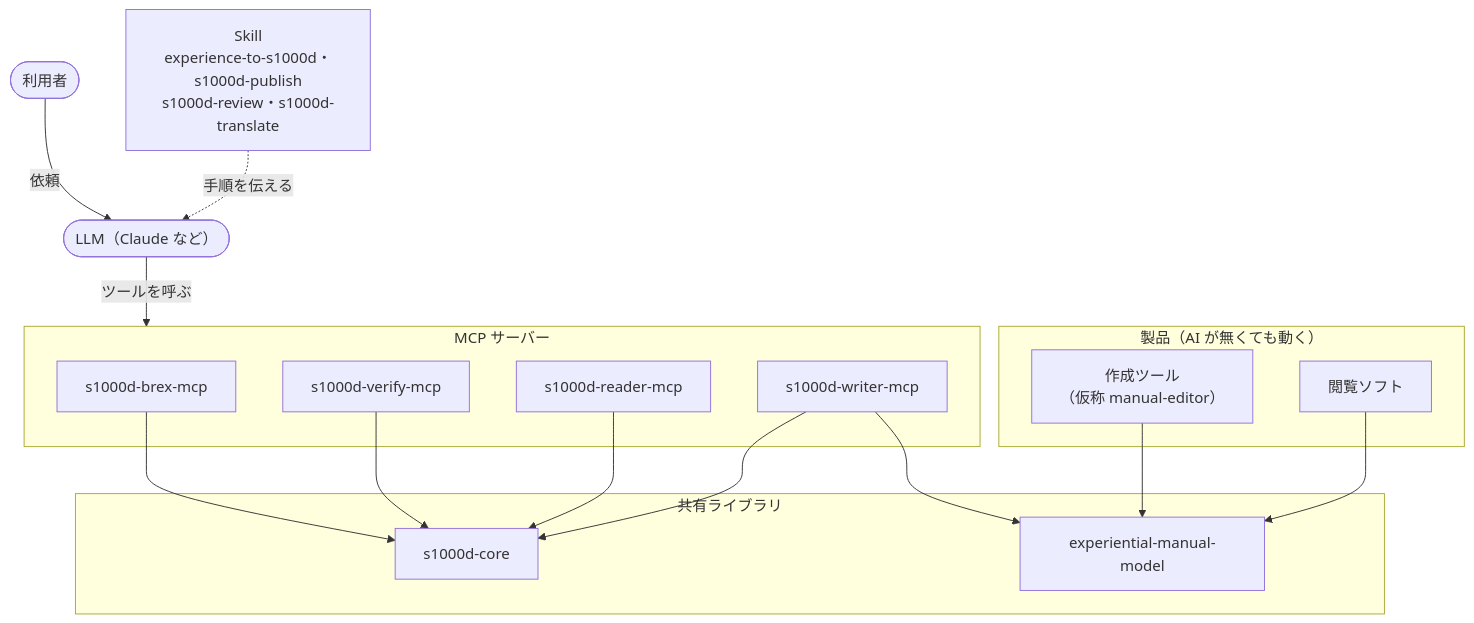
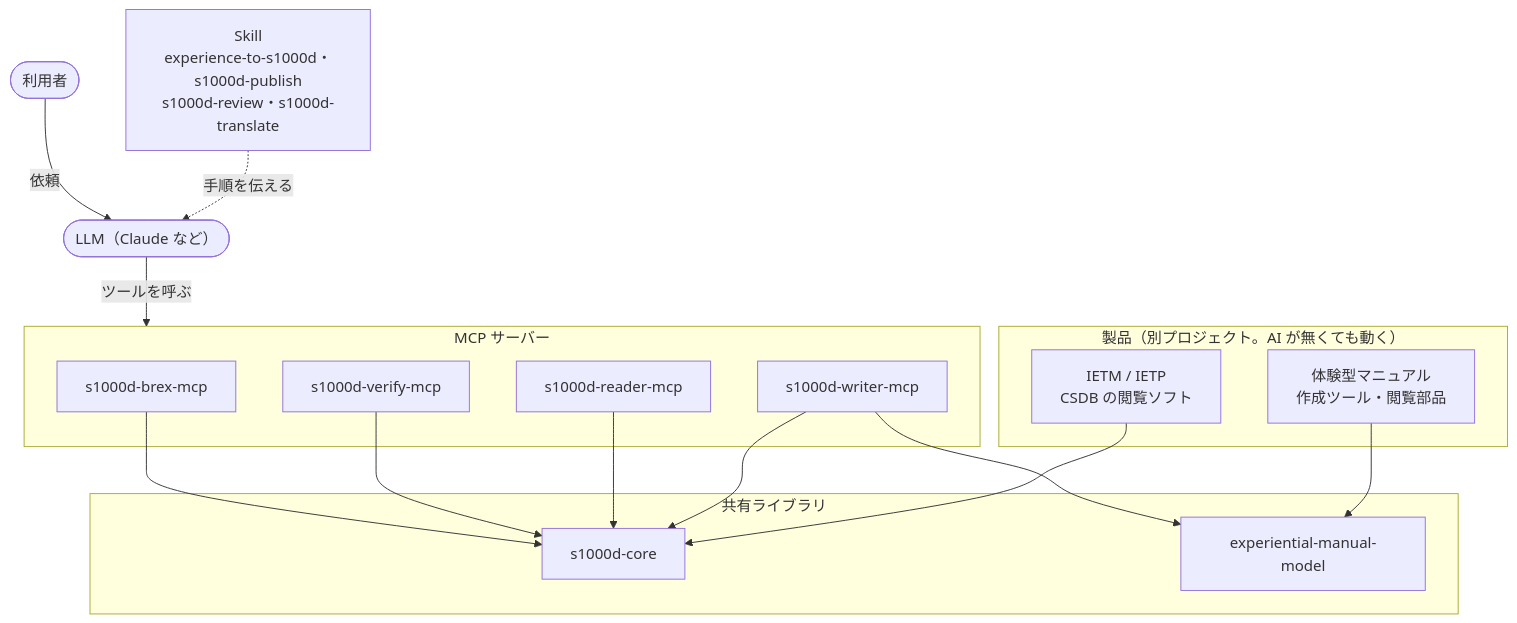
One commit to shuji-bonji/s1000d-stack changed the diagram in site/src/content/docs/ja/guide/architecture.md. Above: the diagram before and after it, drawn with Mermaid. The commit also changed other lines of this file and 9 other files, not shown here.

````diff
--- a/site/src/content/docs/ja/guide/architecture.md
+++ b/site/src/content/docs/ja/guide/architecture.md
@@ -8,27 +8,27 @@
 ```mermaid
 flowchart TB
   U(["利用者"]) -->|依頼| LLM(["LLM（Claude など）"])
   SK["Skill<br/>experience-to-s1000d・s1000d-publish<br/>s1000d-review・s1000d-translate"] -. 手順を伝える .-> LLM
   LLM -->|ツールを呼ぶ| Mcp
   subgraph Mcp["MCP サーバー"]
     BREX["s1000d-brex-mcp"]
     V["s1000d-verify-mcp"]
     R["s1000d-reader-mcp"]
     W["s1000d-writer-mcp"]
   end
   subgraph Lib["共有ライブラリ"]
     CORE["s1000d-core"]
     MODEL["experiential-manual-model"]
   end
-  subgraph App["製品（AI が無くても動く）"]
-    ED["作成ツール<br/>（仮称 manual-editor）"]
-    VW["閲覧ソフト"]
+  subgraph Products["製品（別プロジェクト。AI が無くても動く）"]
+    XM["体験型マニュアル<br/>作成ツール・閲覧部品"]
+    IETP["IETM / IETP<br/>CSDB の閲覧ソフト"]
   end
   BREX --> CORE
   V --> CORE
   R --> CORE
   W --> CORE
   W --> MODEL
-  ED --> MODEL
-  VW --> MODEL
+  XM --> MODEL
+  IETP --> CORE
 ```
````
